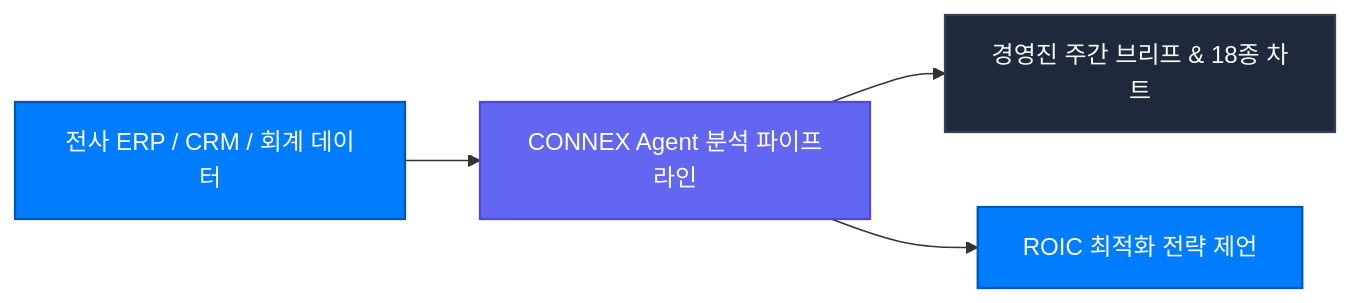
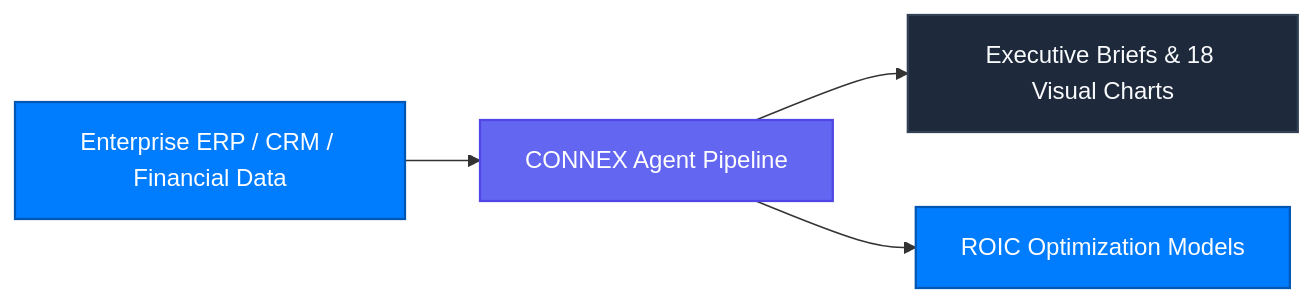
Before and after one commit to Connex-Brothers-Consulting-Group/cbcg-hs-connex-docs: the diagram in use-cases/business-management.mdx, drawn with Mermaid. The commit also changed other lines of this file and 30 other files, not shown here.

````diff
--- a/use-cases/business-management.mdx
+++ b/use-cases/business-management.mdx
@@ -9,10 +9,10 @@
 ```mermaid
 graph LR
     classDef primary fill:#007CFF,stroke:#0056B3,stroke-width:1.5px,color:#FFFFFF;
     classDef enterprise fill:#1E293B,stroke:#334155,stroke-width:1.5px,color:#F8FAFC;
     classDef ai fill:#6366F1,stroke:#4F46E5,stroke-width:1.5px,color:#FFFFFF;
 
-    Data["전사 ERP / CRM / 회계 데이터"]:::primary --> Agent["CONNEX Agent 분석 파이프라인"]:::ai
-    Agent --> Brief["경영진 주간 브리프 & 18종 차트"]:::enterprise
-    Agent --> ROI["ROIC 최적화 전략 제언"]:::primary
+    Data["Enterprise ERP / CRM / Financial Data"]:::primary --> Agent["CONNEX Agent Pipeline"]:::ai
+    Agent --> Brief["Executive Briefs & 18 Visual Charts"]:::enterprise
+    Agent --> ROI["ROIC Optimization Models"]:::primary
 ```
````
